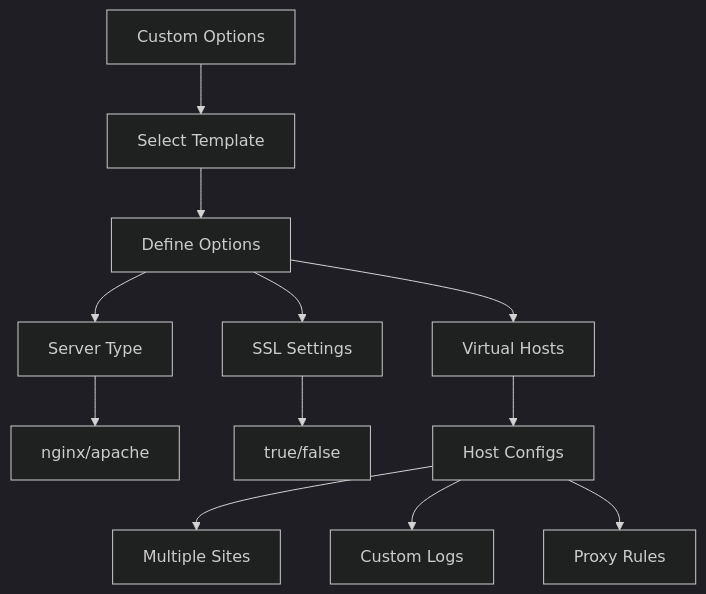
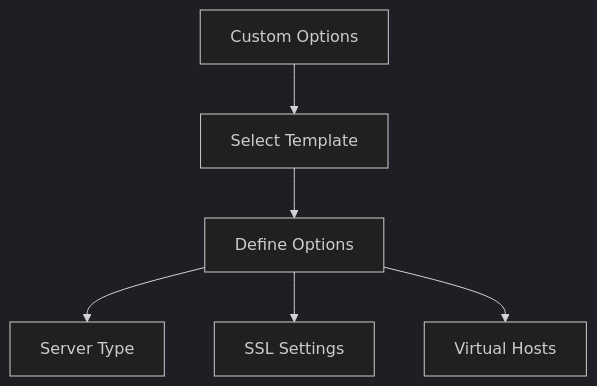
The diagram in docs/guides/nixamples/02-custom-options/README.md (Hydepwns/nix-mox), drawn with Mermaid (dark theme) before and after one commit. The commit also changed other lines of this file and 145 other files, not shown here.

````diff
--- a/docs/guides/nixamples/02-custom-options/README.md
+++ b/docs/guides/nixamples/02-custom-options/README.md
@@ -5,14 +5,8 @@
 ```mermaid
 graph TD
     A[Custom Options] --> B[Select Template]
     B --> C[Define Options]
     C --> D[Server Type]
     C --> E[SSL Settings]
     C --> F[Virtual Hosts]
-    D --> G[nginx/apache]
-    E --> H[true/false]
-    F --> I[Host Configs]
-    I --> J[Multiple Sites]
-    I --> K[Custom Logs]
-    I --> L[Proxy Rules]
 ```
````
